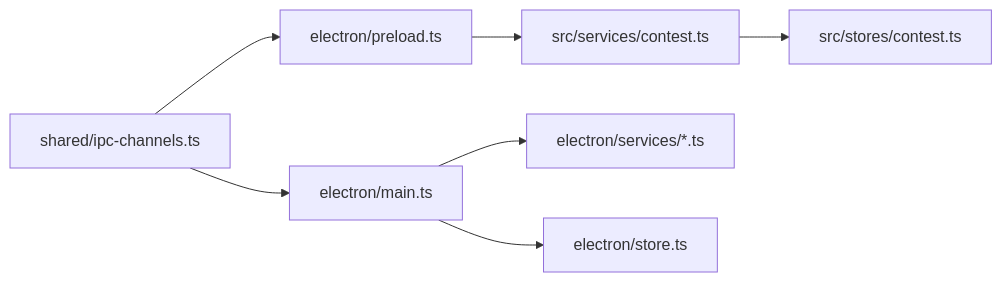
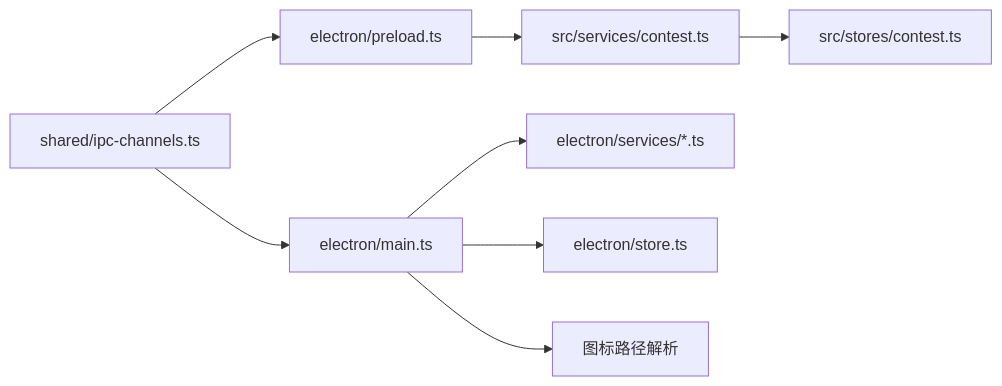
Before and after one commit to Siborne/OJFlow: the tenth of 10 diagrams in .qoder/repowiki/zh/content/系统集成/IPC通信机制.md, drawn with Mermaid. The commit also changed other lines of this file and 77 other files, not shown here.

First line of the commit message:
feat(ipc): 增强IPC类型安全与图标路径解析功能

````diff
--- a/.qoder/repowiki/zh/content/系统集成/IPC通信机制.md
+++ b/.qoder/repowiki/zh/content/系统集成/IPC通信机制.md
@@ -303,9 +338,10 @@
 ```mermaid
 graph LR
 Shared["shared/ipc-channels.ts"] --> Main["electron/main.ts"]
 Shared --> Preload["electron/preload.ts"]
 Preload --> RS["src/services/contest.ts"]
 RS --> RStore["src/stores/contest.ts"]
 Main --> Services["electron/services/*.ts"]
 Main --> EStore["electron/store.ts"]
+Main --> IconSystem["图标路径解析"]
 ```
````
